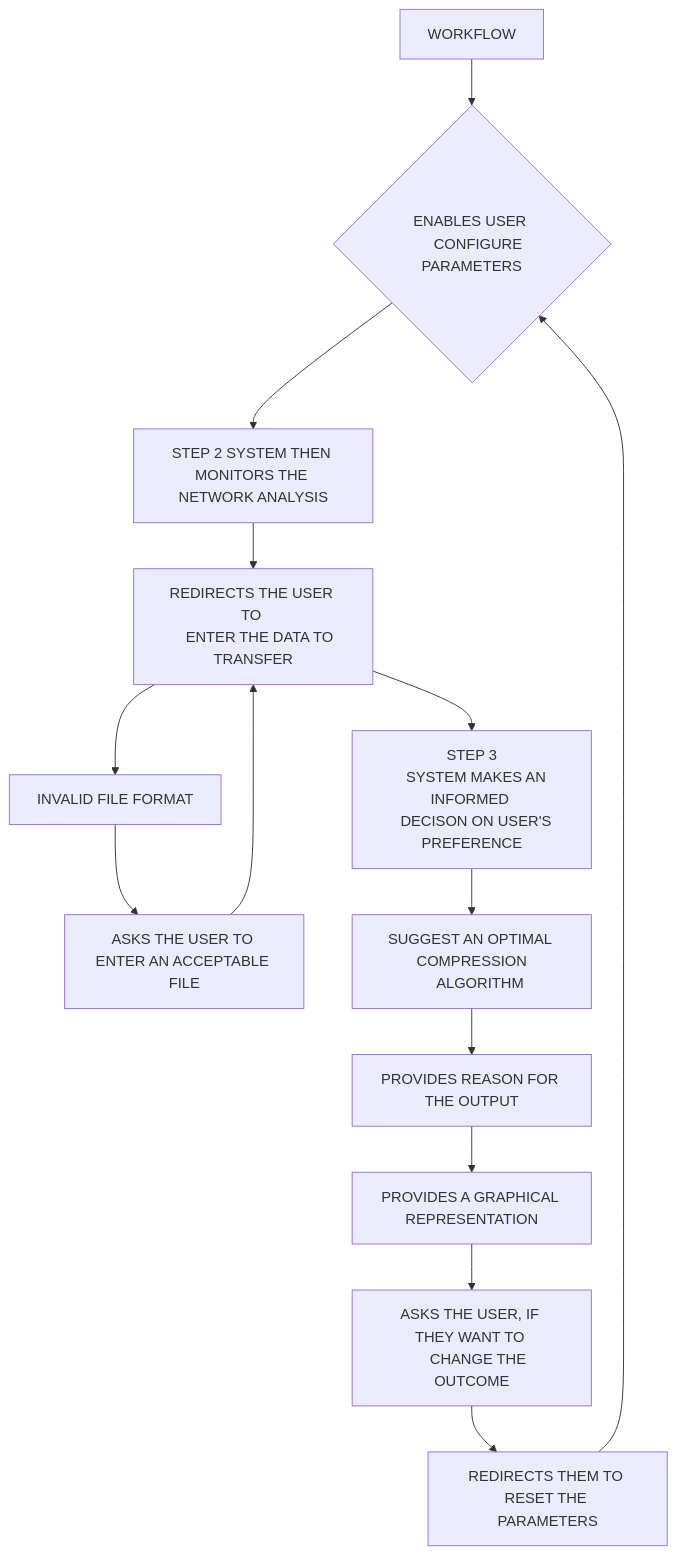
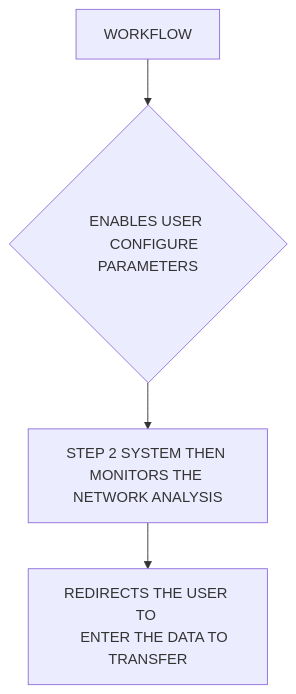
Before and after one commit to ammoGDevs/ammoG_Devs: the diagram in MERMAID FLOW.md, drawn with Mermaid.

Commit message:
Update MERMAID FLOW.md

````diff
--- a/MERMAID FLOW.md
+++ b/MERMAID FLOW.md
@@ -1,24 +1,11 @@
 ```mermaid
   
 graph TD
     A[WORKFLOW]
     A-->B{ENABLES USER 
     CONFIGURE PARAMETERS}
     B-->M[STEP 2 SYSTEM THEN MONITORS THE NETWORK ANALYSIS]
     M-->C[REDIRECTS THE USER TO 
     ENTER THE DATA TO TRANSFER]
-    C-->E[INVALID FILE FORMAT]
-    E-->F[ASKS THE USER TO ENTER AN ACCEPTABLE FILE]
-    F-->C
-   C-->G[STEP 3
-   SYSTEM MAKES AN INFORMED 
-   DECISON ON USER'S PREFERENCE]
-   G-->H[SUGGEST AN OPTIMAL COMPRESSION
-    ALGORITHM]
-    H-->I[PROVIDES REASON FOR THE OUTPUT]
-    I-->J[PROVIDES A GRAPHICAL REPRESENTATION]
-    J-->K[ASKS THE USER, IF THEY WANT TO 
-    CHANGE THE OUTCOME]
-    K-->L[REDIRECTS THEM TO RESET THE PARAMETERS]
-    L-->B
+  
 ```
````
